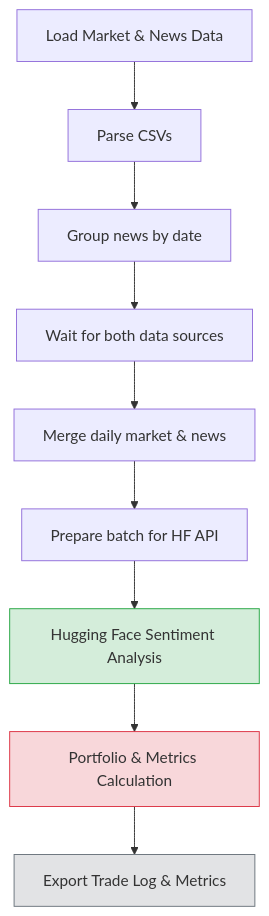
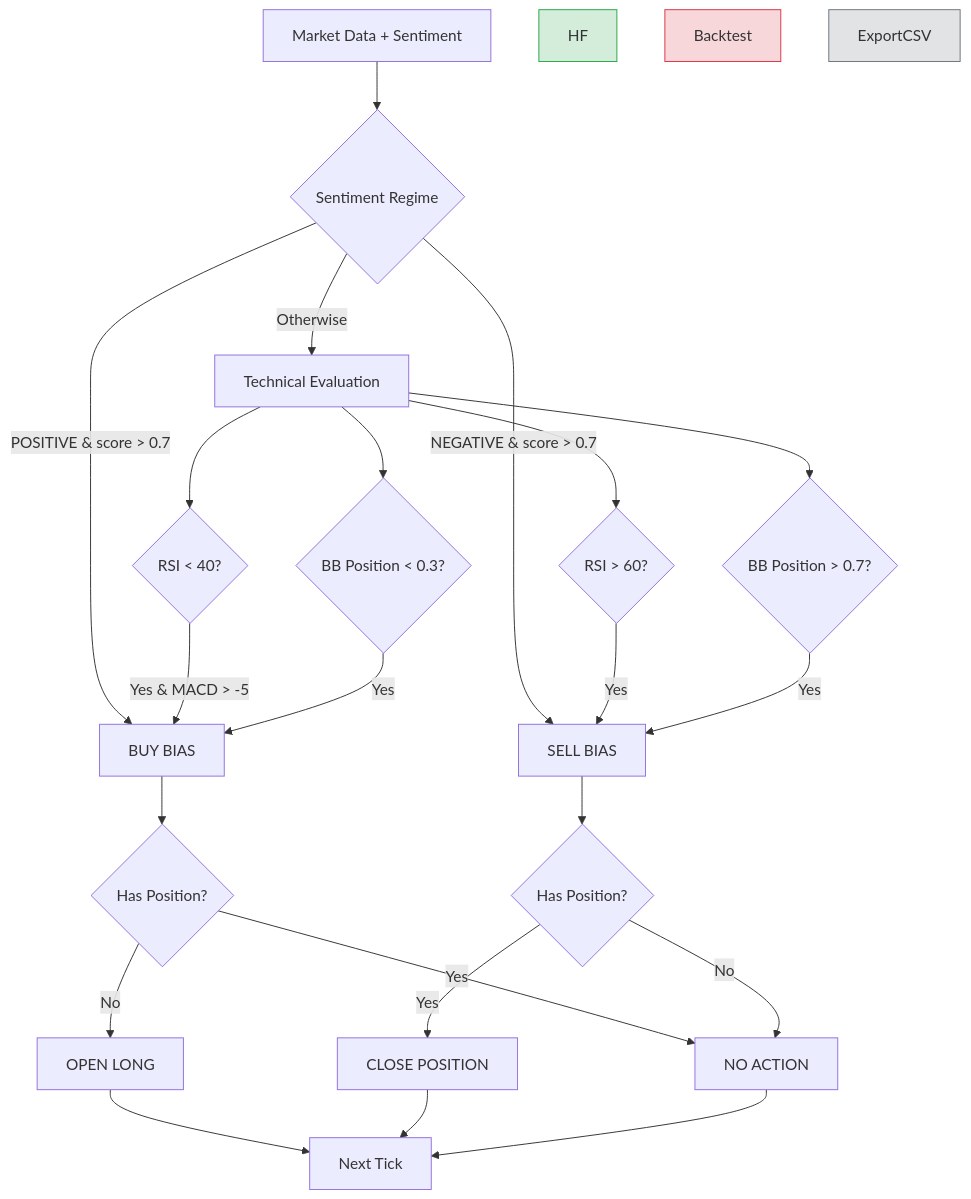
One commit to ynb4gang/Team-9---Crypto-Trading-Strategy changed the diagram in README.md. Above: the diagram before and after it, drawn with Mermaid. The commit also changed other lines of this file, not shown here.

````diff
--- a/README.md
+++ b/README.md
@@ -25,15 +50,36 @@
 ```mermaid
 graph TD
-    Start[Load Market & News Data] --> ParseCSV[Parse CSVs]
-    ParseCSV --> GroupNews[Group news by date]
-    GroupNews --> WaitMerge[Wait for both data sources]
-    WaitMerge --> MergeDaily[Merge daily market & news]
-    MergeDaily --> PrepareBatch[Prepare batch for HF API]
-    PrepareBatch --> HF[Hugging Face Sentiment Analysis]
-    HF --> Backtest[Portfolio & Metrics Calculation]
-    Backtest --> ExportCSV[Export Trade Log & Metrics]
+
+    Start[Market Data + Sentiment] --> SentimentCheck{Sentiment Regime}
+
+    SentimentCheck -->|POSITIVE & score > 0.7| BuySignal[BUY BIAS]
+    SentimentCheck -->|NEGATIVE & score > 0.7| SellSignal[SELL BIAS]
+    SentimentCheck -->|Otherwise| TechnicalLayer[Technical Evaluation]
+
+    TechnicalLayer --> RSILow{RSI < 40?}
+    TechnicalLayer --> RSIHigh{RSI > 60?}
+    TechnicalLayer --> BBlow{BB Position < 0.3?}
+    TechnicalLayer --> BBhigh{BB Position > 0.7?}
+
+    RSILow -->|Yes & MACD > -5| BuySignal
+    RSIHigh -->|Yes| SellSignal
+
+    BBlow -->|Yes| BuySignal
+    BBhigh -->|Yes| SellSignal
+
+    BuySignal --> PositionCheckBuy{Has Position?}
+    PositionCheckBuy -->|No| OpenLong[OPEN LONG]
+    PositionCheckBuy -->|Yes| HoldState[NO ACTION]
+
+    SellSignal --> PositionCheckSell{Has Position?}
+    PositionCheckSell -->|Yes| CloseLong[CLOSE POSITION]
+    PositionCheckSell -->|No| HoldState
+
+    OpenLong --> Monitor[Next Tick]
+    CloseLong --> Monitor
+    HoldState --> Monitor
 
     style HF fill:#d4edda,stroke:#28a745
     style Backtest fill:#f8d7da,stroke:#dc3545
     style ExportCSV fill:#e2e3e5,stroke:#6c757d
 ```
````
